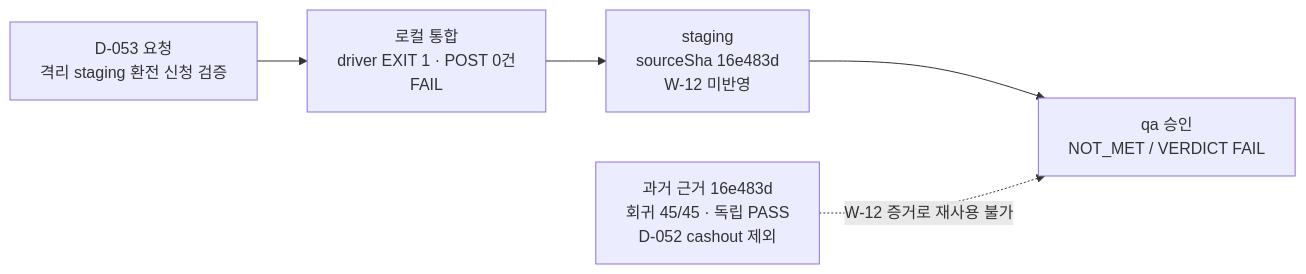
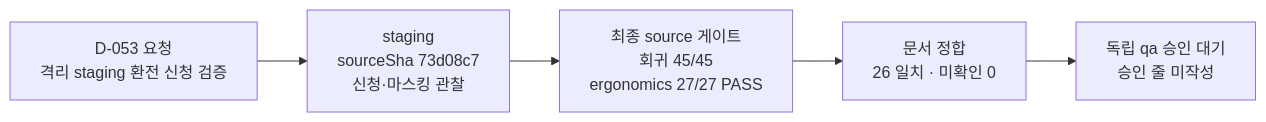
Before and after one commit to 100B-Adventures/haenael-ge: the diagram in docs/qa/qa-tracker.md, drawn with Mermaid. The commit also changed other lines of this file and 2 other files, not shown here.

````diff
--- a/docs/qa/qa-tracker.md
+++ b/docs/qa/qa-tracker.md
@@ -59,7 +59,7 @@
 ```mermaid
 flowchart LR
-  R["D-053 요청<br/>격리 staging 환전 신청 검증"] --> L["로컬 통합<br/>driver EXIT 1 · POST 0건<br/>FAIL"]
-  L --> S["staging<br/>sourceSha 16e483d<br/>W-12 미반영"]
-  S --> A["qa 승인<br/>NOT_MET / VERDICT FAIL"]
-  P["과거 근거 16e483d<br/>회귀 45/45 · 독립 PASS<br/>D-052 cashout 제외"] -. "W-12 증거로 재사용 불가" .-> A
+  R["D-053 요청<br/>격리 staging 환전 신청 검증"] --> S["staging<br/>sourceSha 73d08c7<br/>신청·마스킹 관찰"]
+  S --> G["최종 source 게이트<br/>회귀 45/45<br/>ergonomics 27/27 PASS"]
+  G --> D["문서 정합<br/>26 일치 · 미확인 0"]
+  D --> A["독립 qa 승인 대기<br/>승인 줄 미작성"]
 ```
````
